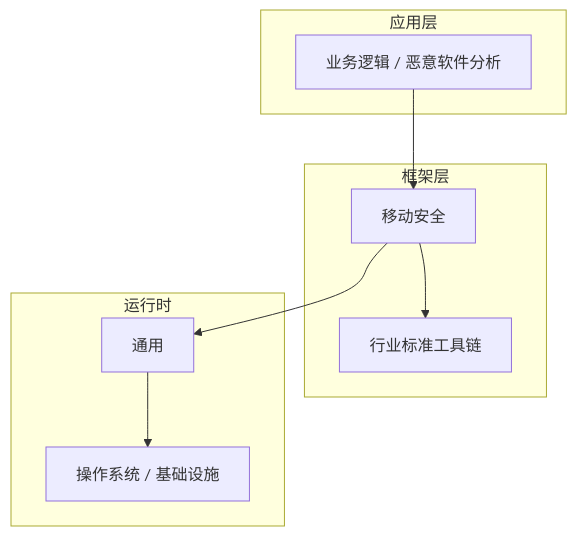
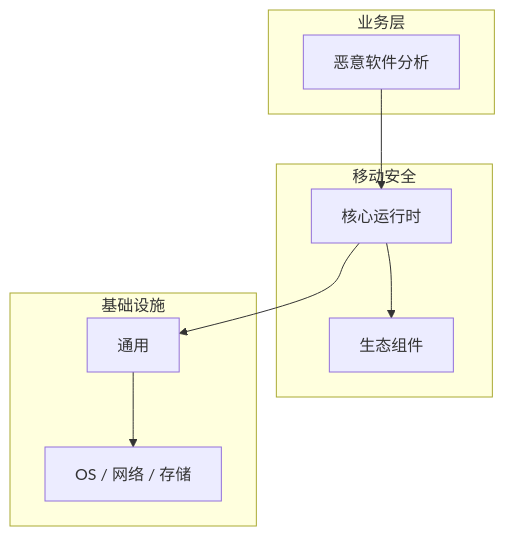
The diagram in articles/移动安全/chapters/049-恶意软件分析核心概念与原理.md (yanggan2015/knowledge-json-v2), drawn with Mermaid before and after one commit. The commit also changed other lines of this file and 10127 other files, not shown here.

````diff
--- a/articles/移动安全/chapters/049-恶意软件分析核心概念与原理.md
+++ b/articles/移动安全/chapters/049-恶意软件分析核心概念与原理.md
@@ -46,18 +31,18 @@
 ```mermaid
 graph TB
-    subgraph 应用层
-        A[业务逻辑 / 恶意软件分析]
+    subgraph 业务层
+        A[恶意软件分析]
     end
-    subgraph 框架层
-        B[移动安全]
-        C[行业标准工具链]
+    subgraph 移动安全
+        B[核心运行时]
+        C[生态组件]
     end
-    subgraph 运行时
+    subgraph 基础设施
         D[通用]
-        E[操作系统 / 基础设施]
+        E[OS / 网络 / 存储]
     end
     A --> B
     B --> C
     B --> D
     D --> E
 ```
````
